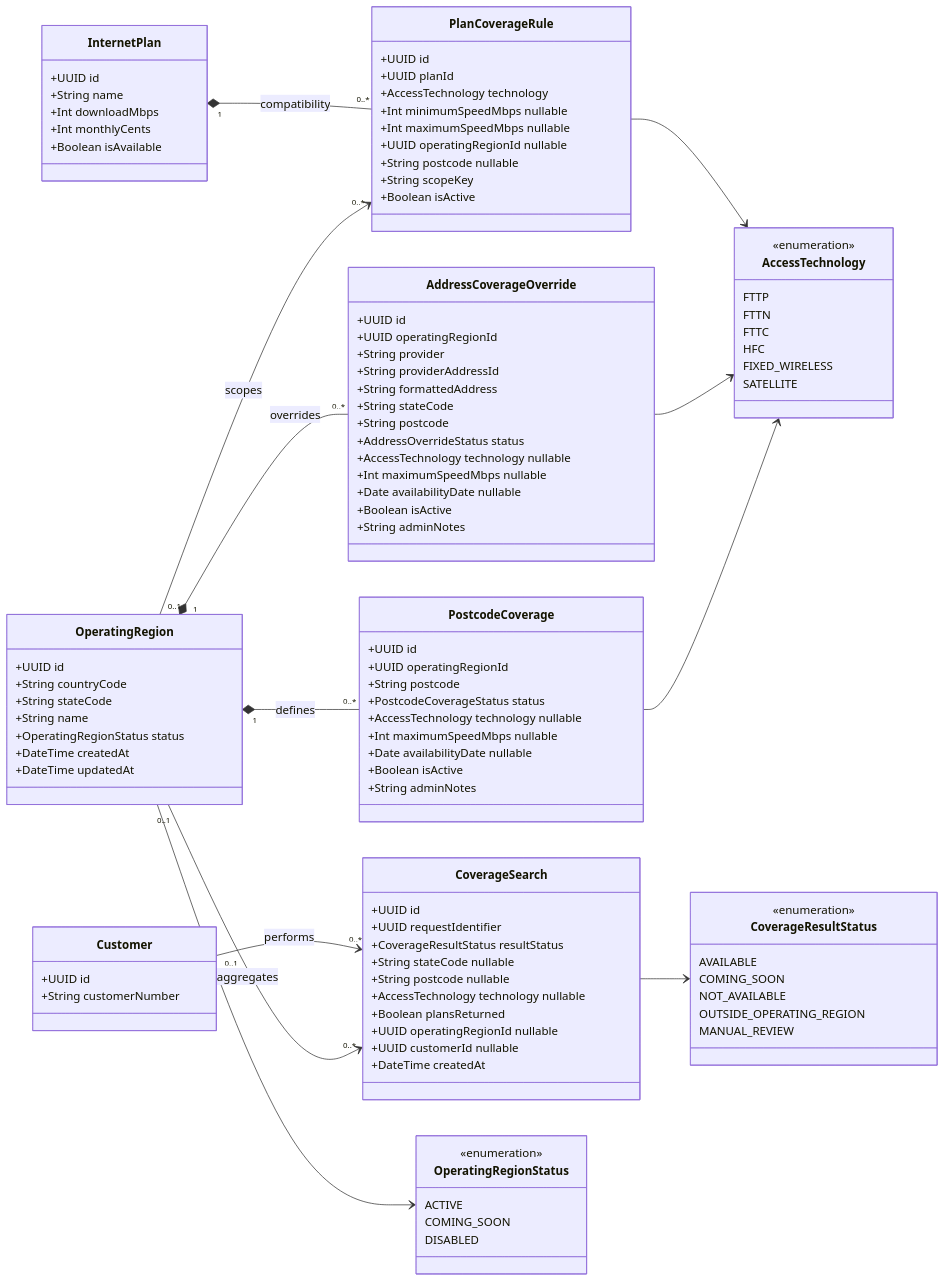
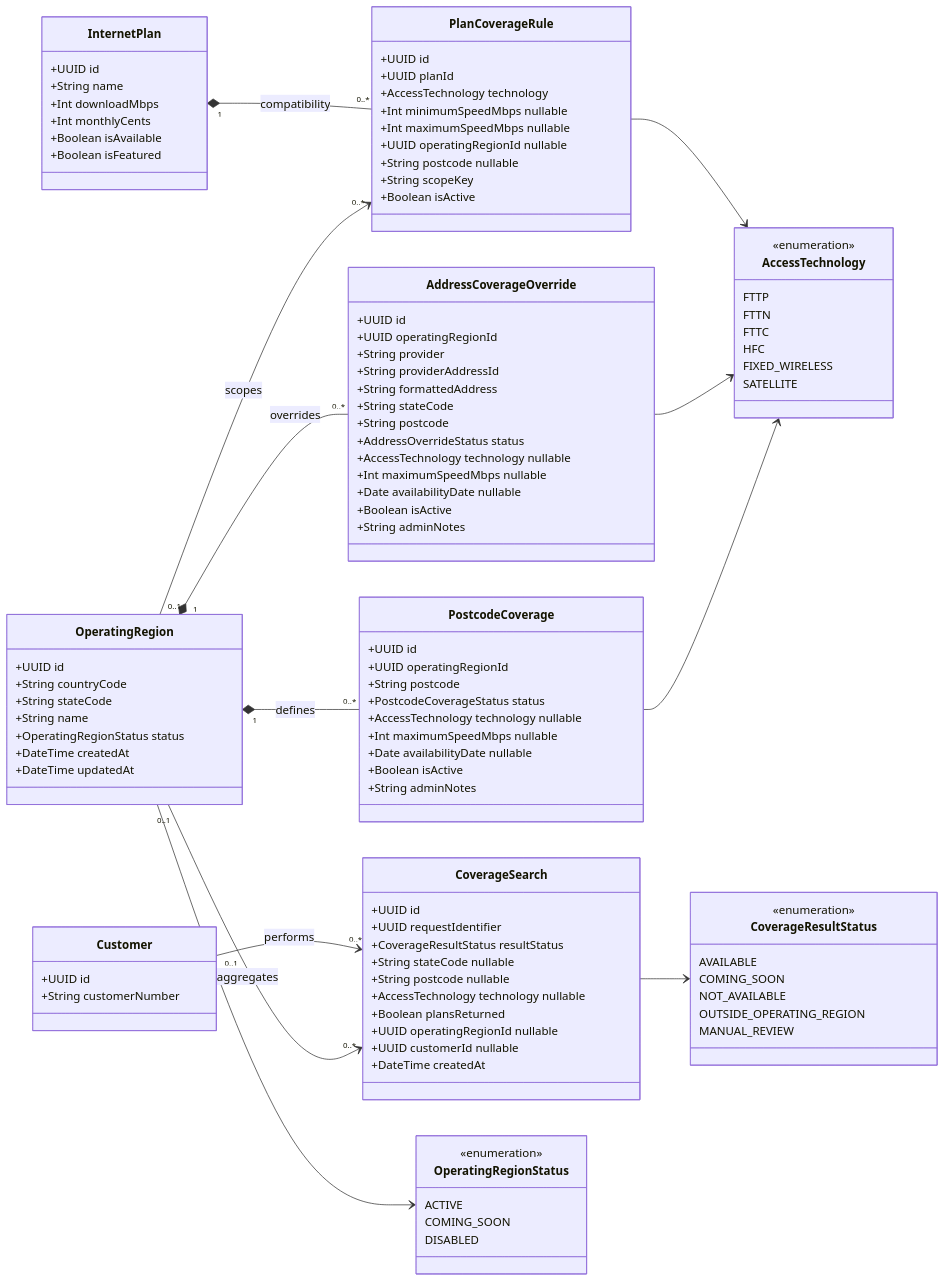
The ninth of 9 diagrams in docs/architecture/requirements-uml.md (Sheyshya11/mero-telecom), drawn with Mermaid before and after one commit. The commit also changed other lines of this file and 75 other files, not shown here.

```diff
--- a/docs/architecture/requirements-uml.md
+++ b/docs/architecture/requirements-uml.md
@@ -880,6 +882,7 @@
     +Int downloadMbps
     +Int monthlyCents
     +Boolean isAvailable
+    +Boolean isFeatured
   }
 
   class Customer {
```
